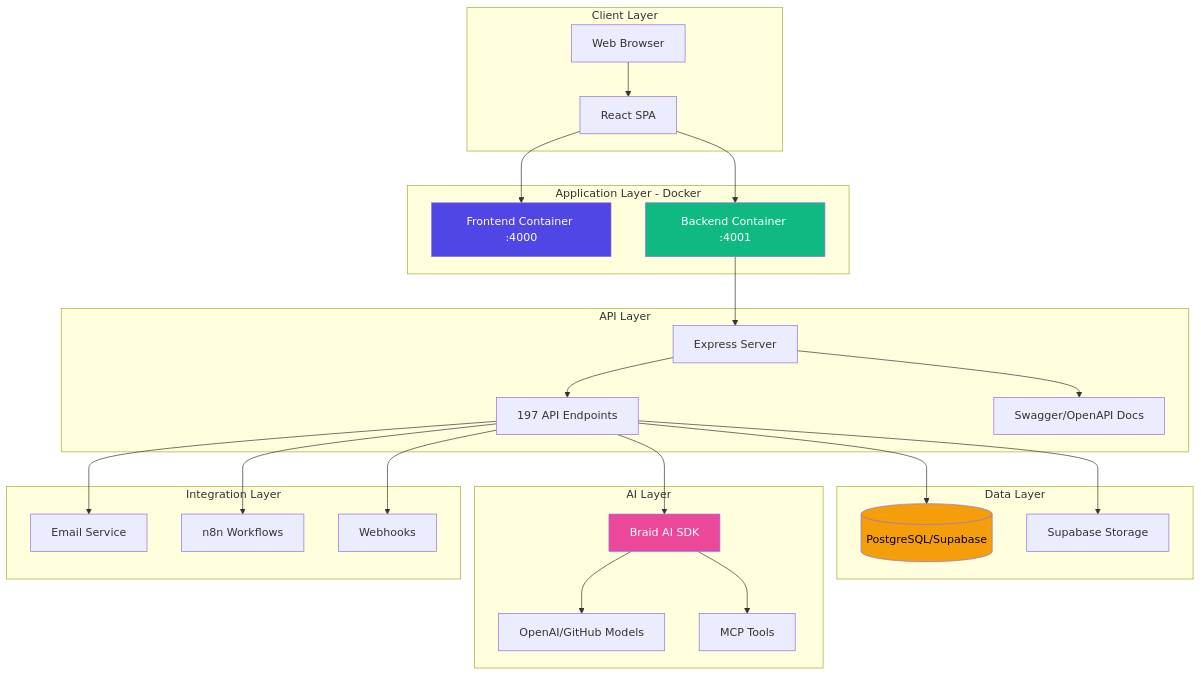
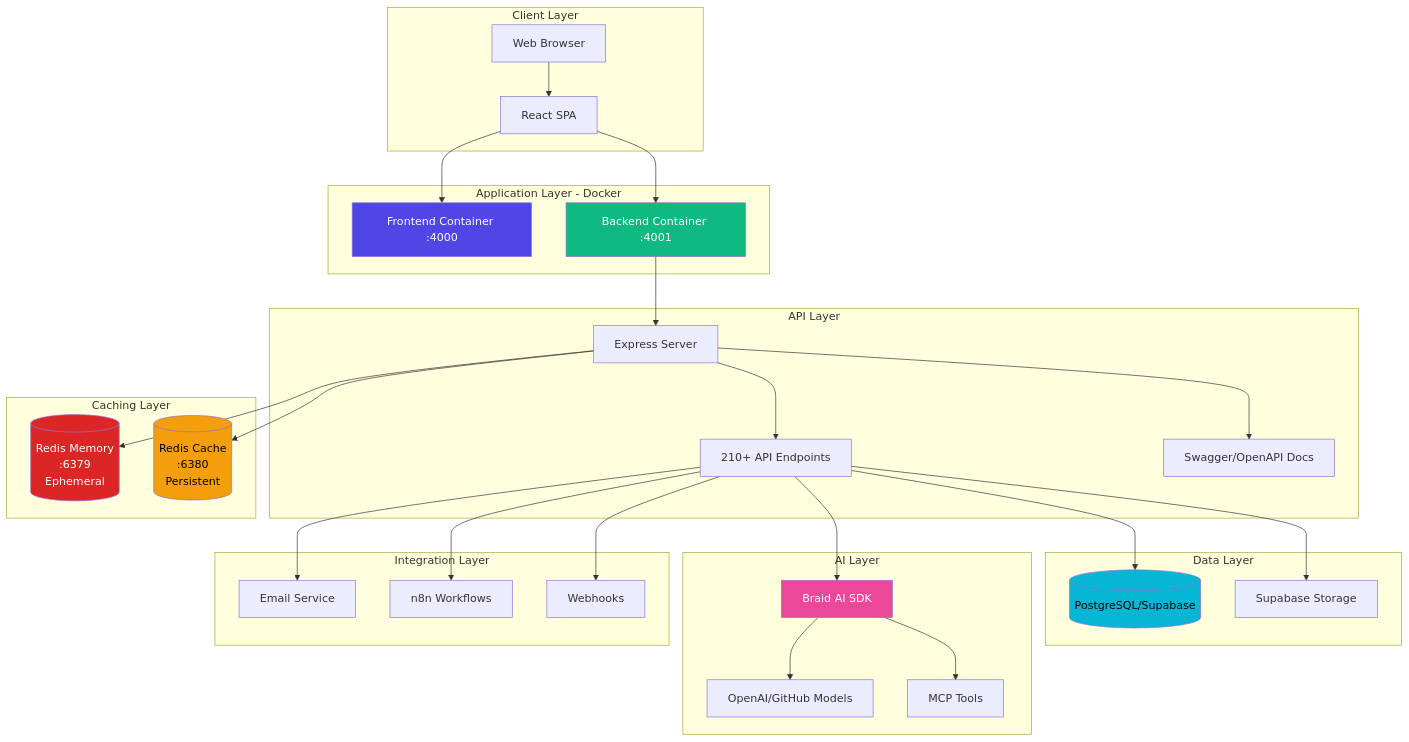
One commit to andreibyf/aishacrm-2 changed the first of 3 diagrams in docs/AISHA_CRM_DEVELOPER_MANUAL.md. Above: the diagram before and after it, drawn with Mermaid. The commit also changed other lines of this file and 2 other files, not shown here.

````diff
--- a/docs/AISHA_CRM_DEVELOPER_MANUAL.md
+++ b/docs/AISHA_CRM_DEVELOPER_MANUAL.md
@@ -373,39 +373,46 @@
 ```mermaid
 graph TB
     subgraph "Client Layer"
         A[Web Browser] --> B[React SPA]
     end
     
     subgraph "Application Layer - Docker"
         B --> C[Frontend Container :4000]
         B --> D[Backend Container :4001]
     end
     
     subgraph "API Layer"
         D --> E[Express Server]
-        E --> F[197 API Endpoints]
+        E --> F[210+ API Endpoints]
         E --> G[Swagger/OpenAPI Docs]
+    end
+    
+    subgraph "Caching Layer"
+        E --> REDIS1[(Redis Memory<br/>:6379<br/>Ephemeral)]
+        E --> REDIS2[(Redis Cache<br/>:6380<br/>Persistent)]
     end
     
     subgraph "Data Layer"
         F --> H[(PostgreSQL/Supabase)]
         F --> I[Supabase Storage]
     end
     
     subgraph "AI Layer"
         F --> J[Braid AI SDK]
         J --> K[OpenAI/GitHub Models]
         J --> L[MCP Tools]
     end
     
     subgraph "Integration Layer"
         F --> M[Email Service]
         F --> N[n8n Workflows]
         F --> O[Webhooks]
     end
     
     style C fill:#4F46E5,color:#fff
     style D fill:#10B981,color:#fff
-    style H fill:#F59E0B,color:#000
+    style REDIS1 fill:#DC2626,color:#fff
+    style REDIS2 fill:#F59E0B,color:#000
+    style H fill:#06B6D4,color:#000
     style J fill:#EC4899,color:#fff
 ```
````
